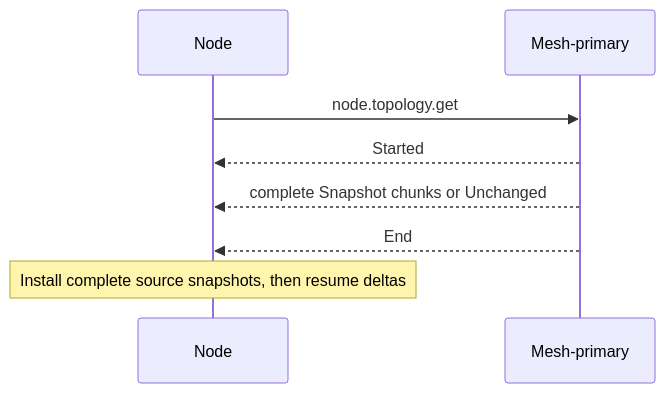
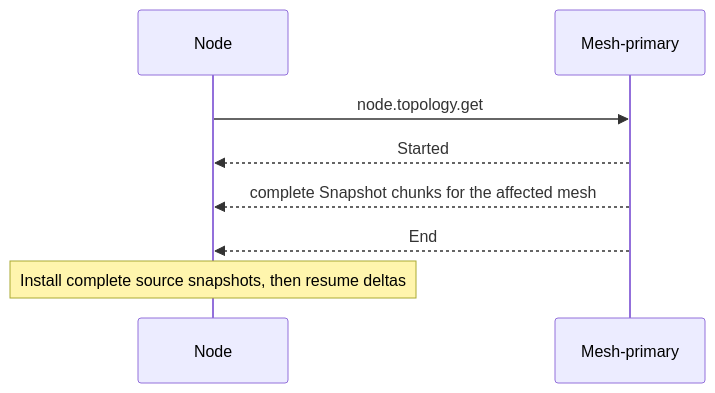
Before and after one commit to drlukeangel/rust-distributed-mesh: the first of 2 diagrams in docs/architecture/lifecycles/node-topology-get.md, drawn with Mermaid. The commit also changed other lines of this file and 56 other files, not shown here.

````diff
--- a/docs/architecture/lifecycles/node-topology-get.md
+++ b/docs/architecture/lifecycles/node-topology-get.md
@@ -44,10 +56,10 @@
 ```mermaid
 sequenceDiagram
     participant N as Node
     participant M as Mesh-primary
     N->>M: node.topology.get
     M-->>N: Started
-    M-->>N: complete Snapshot chunks or Unchanged
+    M-->>N: complete Snapshot chunks for the affected mesh
     M-->>N: End
     Note over N: Install complete source snapshots, then resume deltas
 ```
````
